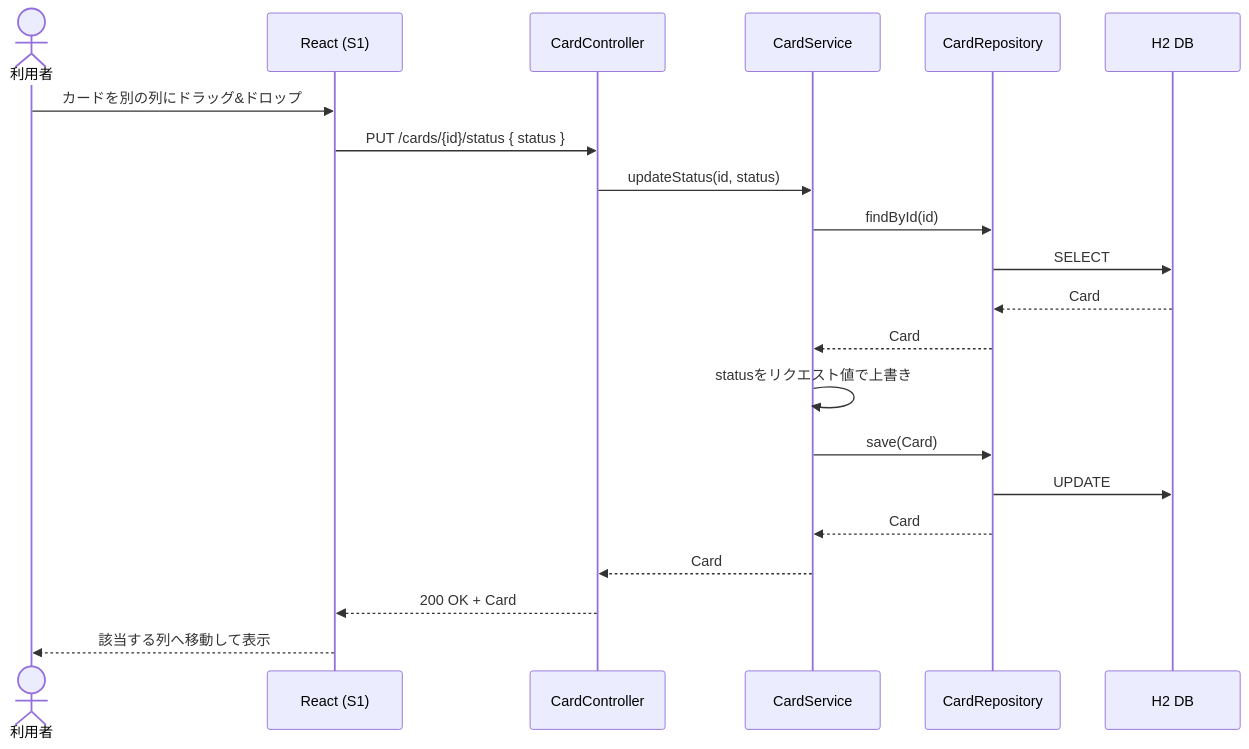
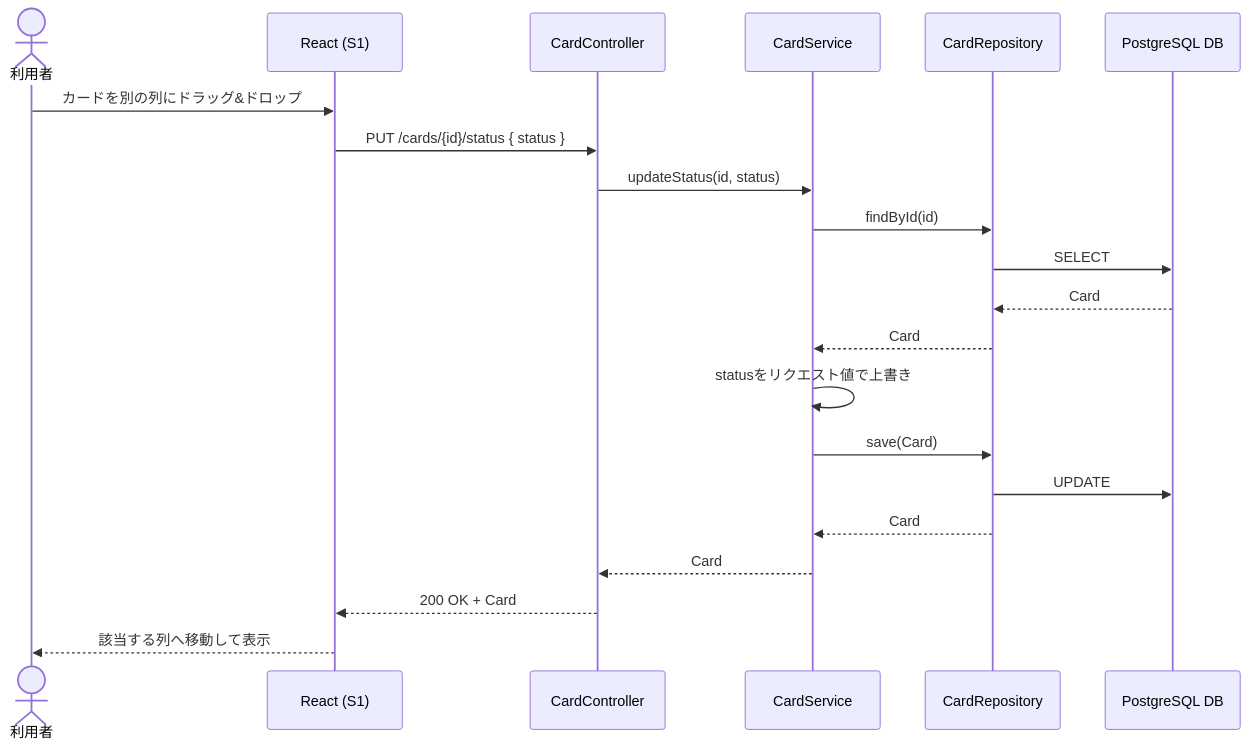
The third of 4 diagrams in docs/api.md (takahiromorikawa/TaskManagement), drawn with Mermaid before and after one commit. The commit also changed other lines of this file and 3 other files, not shown here.

````diff
--- a/docs/api.md
+++ b/docs/api.md
@@ -73,24 +73,24 @@
 ```mermaid
 sequenceDiagram
     actor User as 利用者
     participant FE as React (S1)
     participant API as CardController
     participant SVC as CardService
     participant REPO as CardRepository
-    participant DB as H2 DB
+    participant DB as PostgreSQL DB
 
     User->>FE: カードを別の列にドラッグ&ドロップ
     FE->>API: PUT /cards/{id}/status { status }
     API->>SVC: updateStatus(id, status)
     SVC->>REPO: findById(id)
     REPO->>DB: SELECT
     DB-->>REPO: Card
     REPO-->>SVC: Card
     SVC->>SVC: statusをリクエスト値で上書き
     SVC->>REPO: save(Card)
     REPO->>DB: UPDATE
     REPO-->>SVC: Card
     SVC-->>API: Card
     API-->>FE: 200 OK + Card
     FE-->>User: 該当する列へ移動して表示
 ```
````
